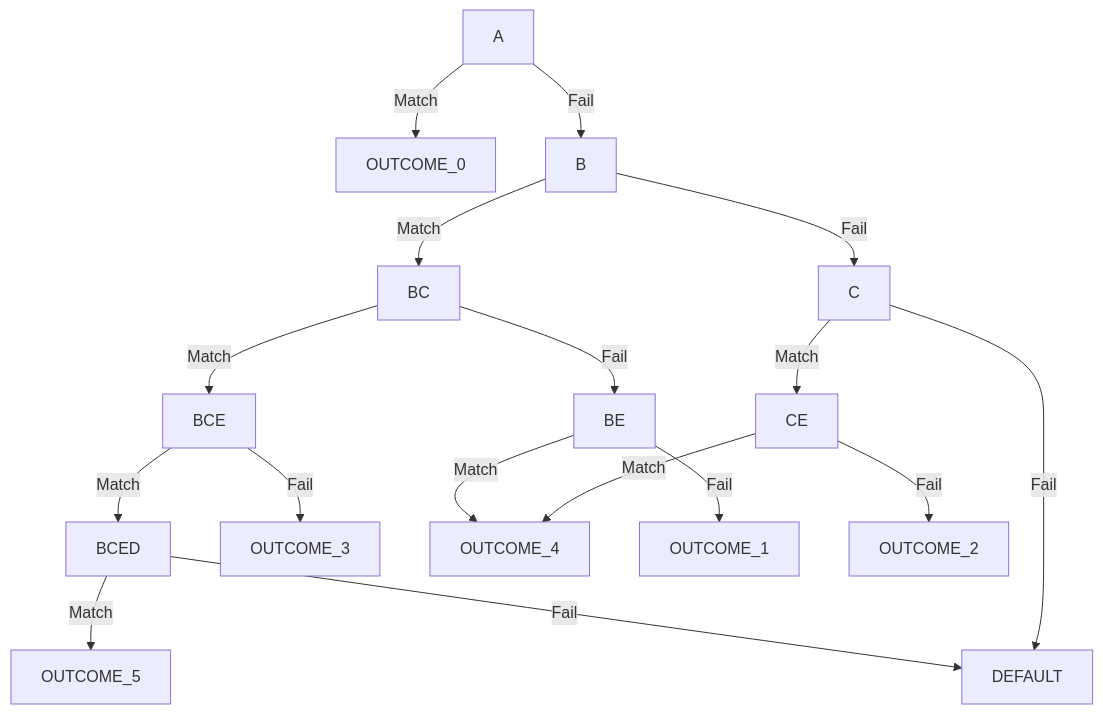
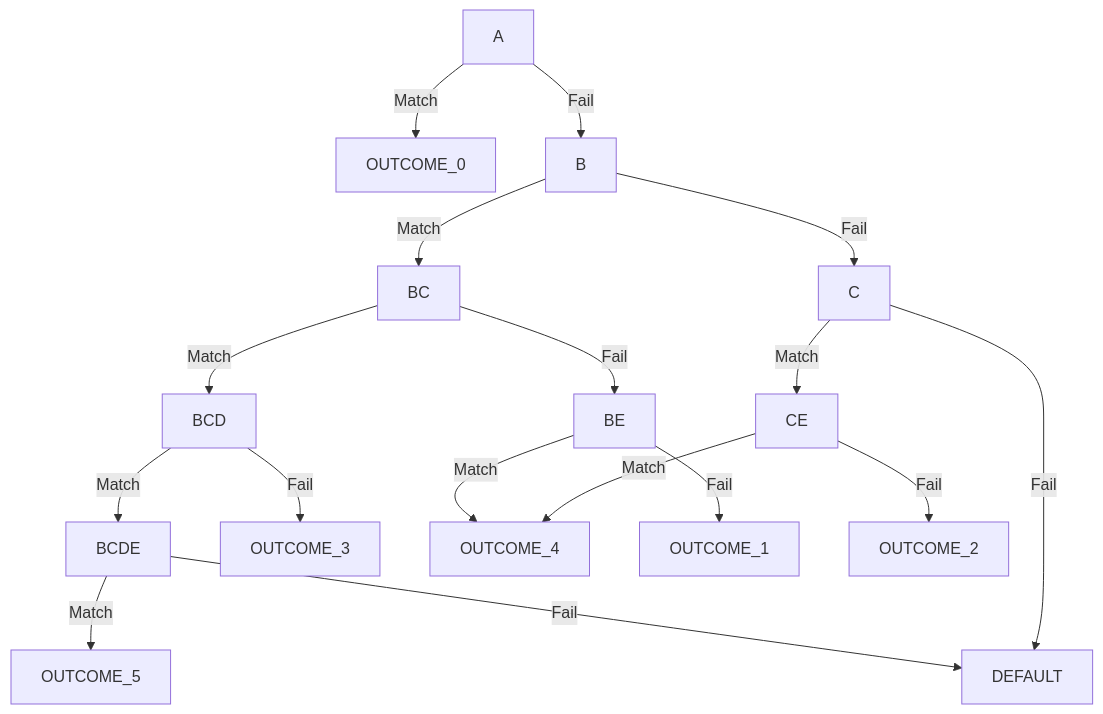
The diagram in example/result.md (GangemiLorenzo/Goak), drawn with Mermaid before and after one commit. The commit also changed 4 other files, not shown here.

````diff
--- a/example/result.md
+++ b/example/result.md
@@ -1,19 +1,19 @@
 ```mermaid
 graph TD
 A-->|Match|OUTCOME_0;
 A-->|Fail|B;
 B-->|Match|BC;
-BC-->|Match|BCE;
-BCE-->|Match|BCED;
-BCED-->|Match|OUTCOME_5;
-BCED-->|Fail|DEFAULT;
-BCE-->|Fail|OUTCOME_3;
+BC-->|Match|BCD;
+BCD-->|Match|BCDE;
+BCDE-->|Match|OUTCOME_5;
+BCDE-->|Fail|DEFAULT;
+BCD-->|Fail|OUTCOME_3;
 BC-->|Fail|BE;
 BE-->|Match|OUTCOME_4;
 BE-->|Fail|OUTCOME_1;
 B-->|Fail|C;
 C-->|Match|CE;
 CE-->|Match|OUTCOME_4;
 CE-->|Fail|OUTCOME_2;
 C-->|Fail|DEFAULT;
 ```
````
